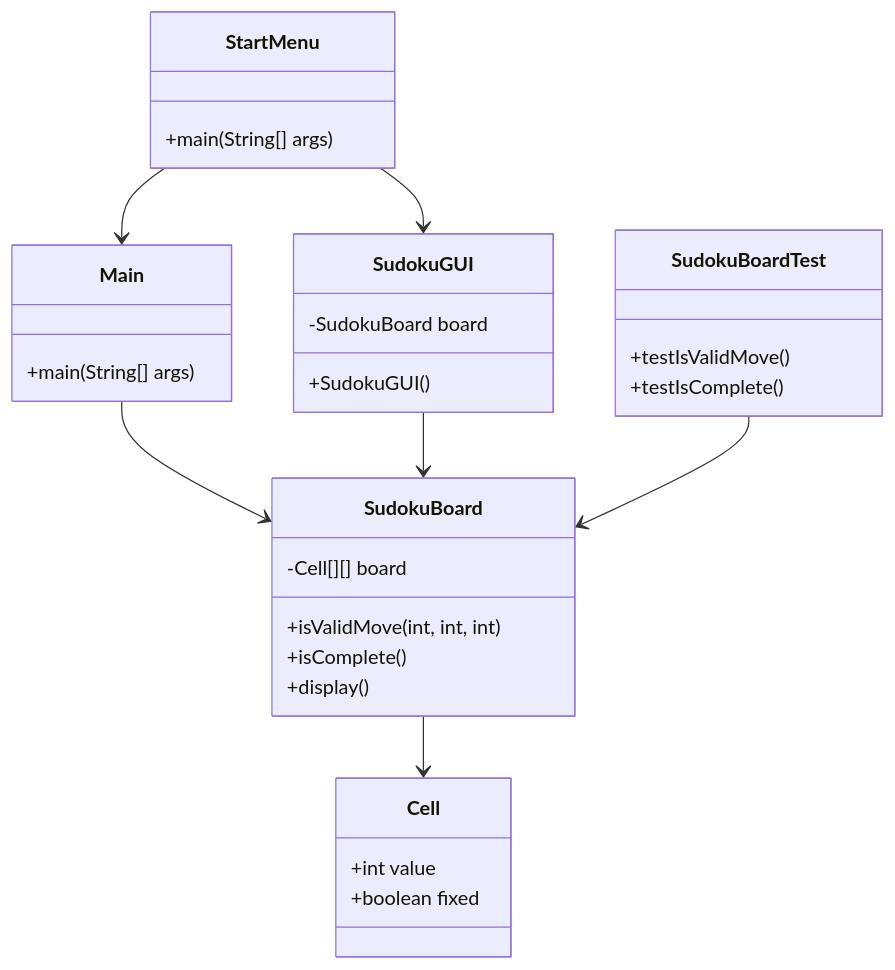
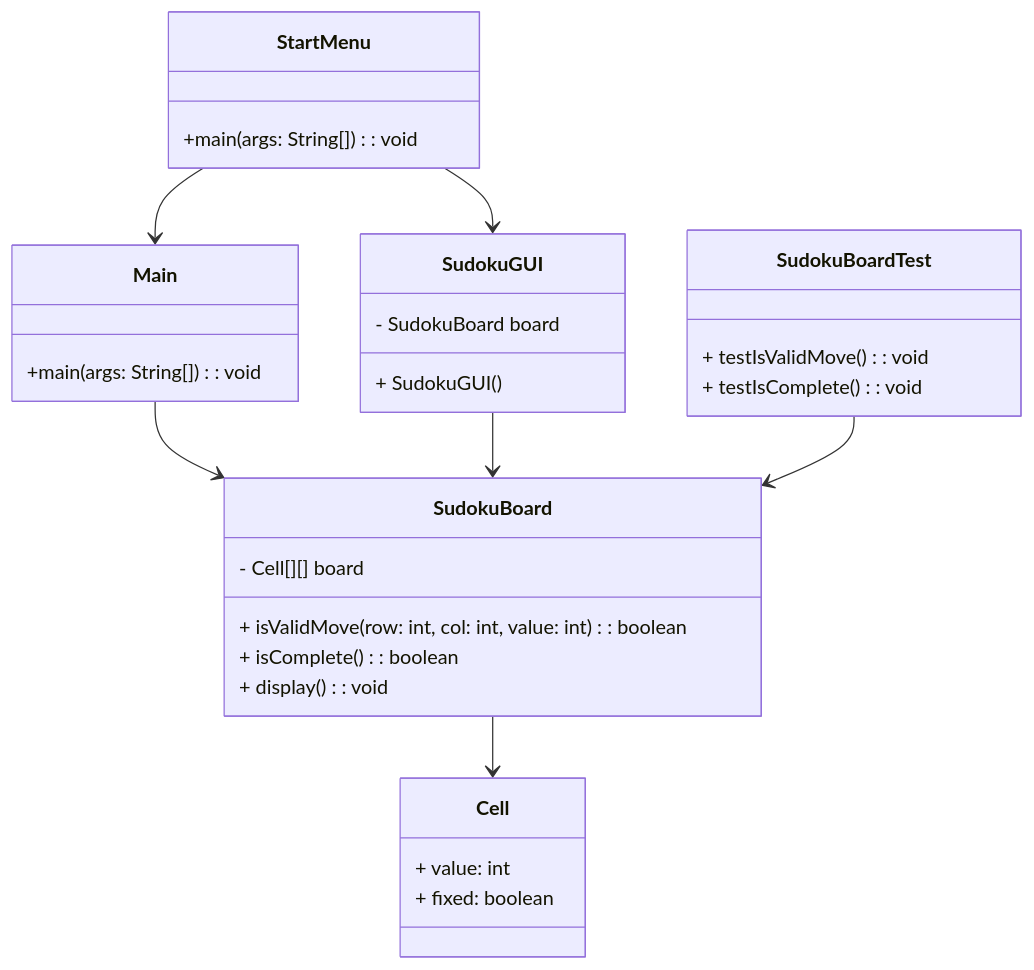
The second of 2 diagrams in README.md (solozabal/dio-bradesco-sudoku-java), drawn with Mermaid before and after one commit. The commit also changed other lines of this file, not shown here.

Commit message:
README.md updates.

````diff
--- a/README.md
+++ b/README.md
@@ -42,34 +45,34 @@
 ```mermaid
 classDiagram
     class Main {
-        +main(String[] args)
+        +main(args: String[]): void
     }
     class StartMenu {
-        +main(String[] args)
+        +main(args: String[]): void
     }
     class SudokuGUI {
-        -SudokuBoard board
-        +SudokuGUI()
+        - SudokuBoard board
+        + SudokuGUI()
     }
     class SudokuBoard {
-        -Cell[][] board
-        +isValidMove(int, int, int)
-        +isComplete()
-        +display()
+        - Cell[][] board
+        + isValidMove(row: int, col: int, value: int): boolean
+        + isComplete(): boolean
+        + display(): void
     }
     class Cell {
-        +int value
-        +boolean fixed
+        + value: int
+        + fixed: boolean
     }
     class SudokuBoardTest {
-        +testIsValidMove()
-        +testIsComplete()
+        + testIsValidMove(): void
+        + testIsComplete(): void
     }
 
     Main --> SudokuBoard
     StartMenu --> Main
     StartMenu --> SudokuGUI
     SudokuGUI --> SudokuBoard
     SudokuBoard --> Cell
     SudokuBoardTest --> SudokuBoard
 ```
````
